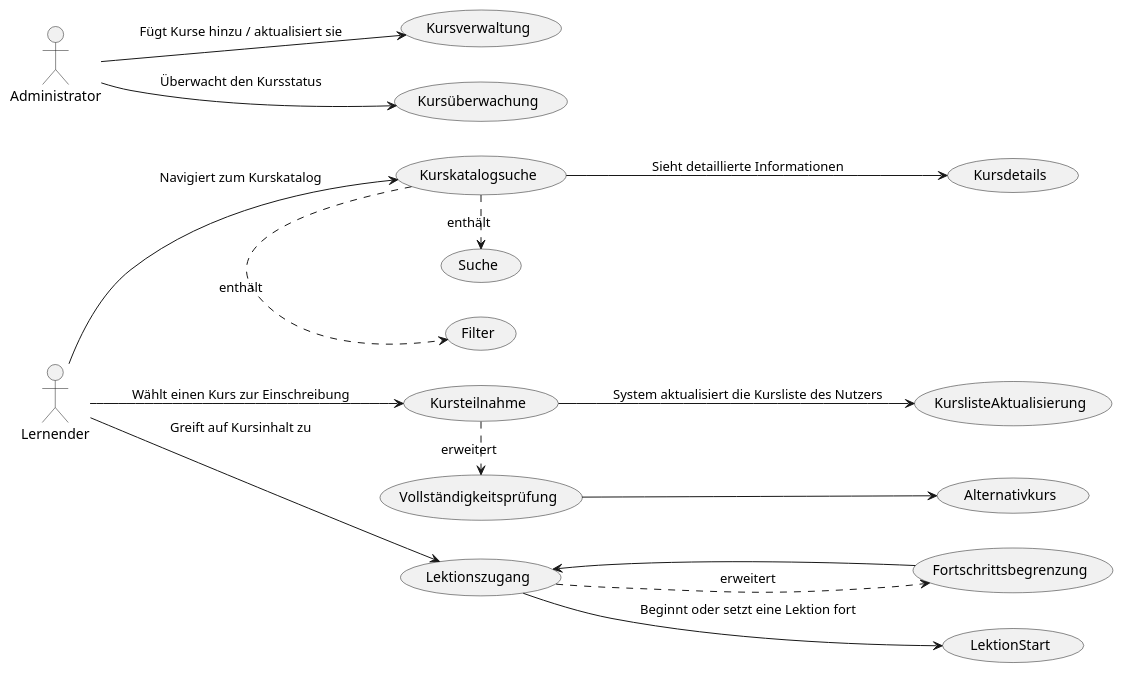
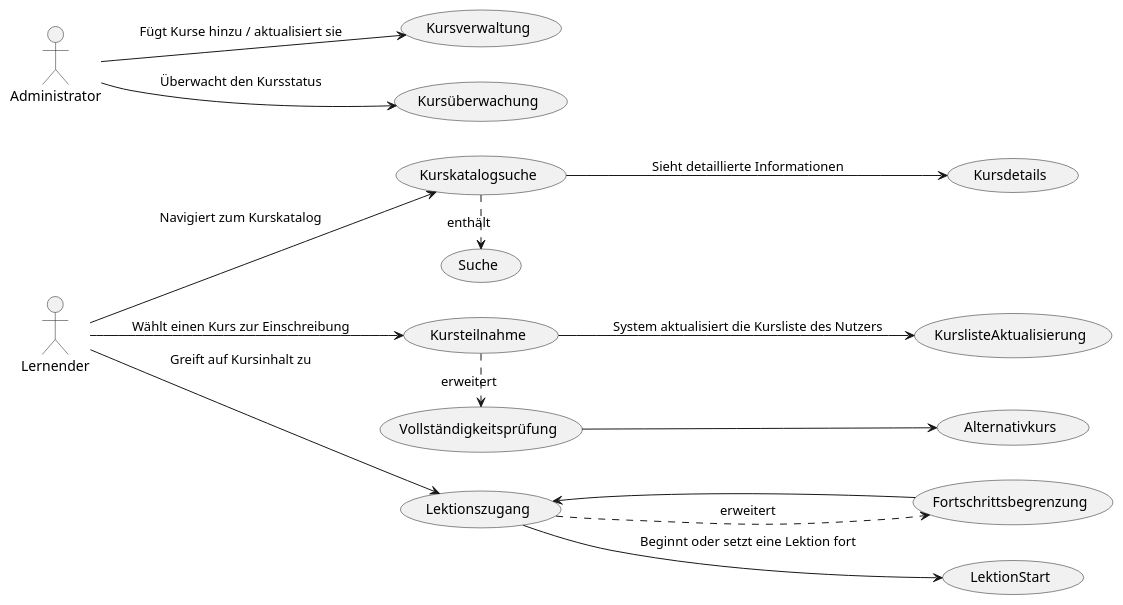
The diagram in Diagrams/Kursverwaltung.iuml (YassineRibouh/UMLdiagrams), drawn with PlantUML before and after one commit.

```diff
--- a/Diagrams/Kursverwaltung.iuml
+++ b/Diagrams/Kursverwaltung.iuml
@@ -1,28 +1,27 @@
 @startuml
 left to right direction
 
 actor Administrator as A
 actor Lernender as L
 
 A --> (Kursverwaltung): "Fügt Kurse hinzu / aktualisiert sie"
 A --> (Kursüberwachung): "Überwacht den Kursstatus"
 
 L --> (Kurskatalogsuche): "Navigiert zum Kurskatalog"
 (Kurskatalogsuche) --> (Kursdetails): "Sieht detaillierte Informationen"
 
 L --> (Kursteilnahme): "Wählt einen Kurs zur Einschreibung"
 (Kursteilnahme) --> (KurslisteAktualisierung): "System aktualisiert die Kursliste des Nutzers"
 
 L --> (Lektionszugang): "Greift auf Kursinhalt zu"
 (Lektionszugang) --> (LektionStart): "Beginnt oder setzt eine Lektion fort"
 
-(Kurskatalogsuche) .> (Filter): "enthält"
 (Kurskatalogsuche) .> (Suche): "enthält"
 
 (Kursteilnahme) .> (Vollständigkeitsprüfung): "erweitert"
 (Vollständigkeitsprüfung) --> (Alternativkurs)
 
 (Lektionszugang) .> (Fortschrittsbegrenzung): "erweitert"
 (Fortschrittsbegrenzung) --> (Lektionszugang)
 
 @enduml
```
